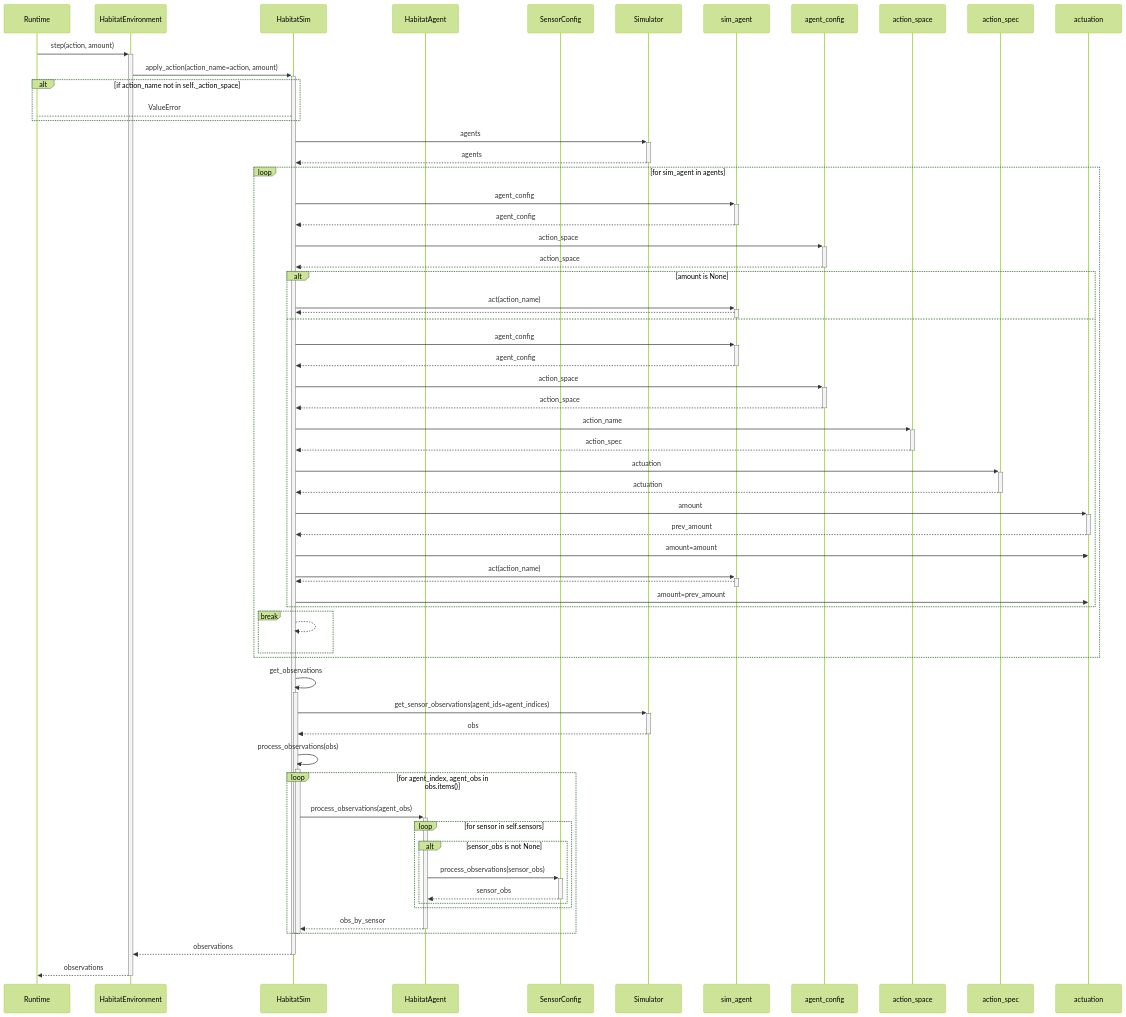
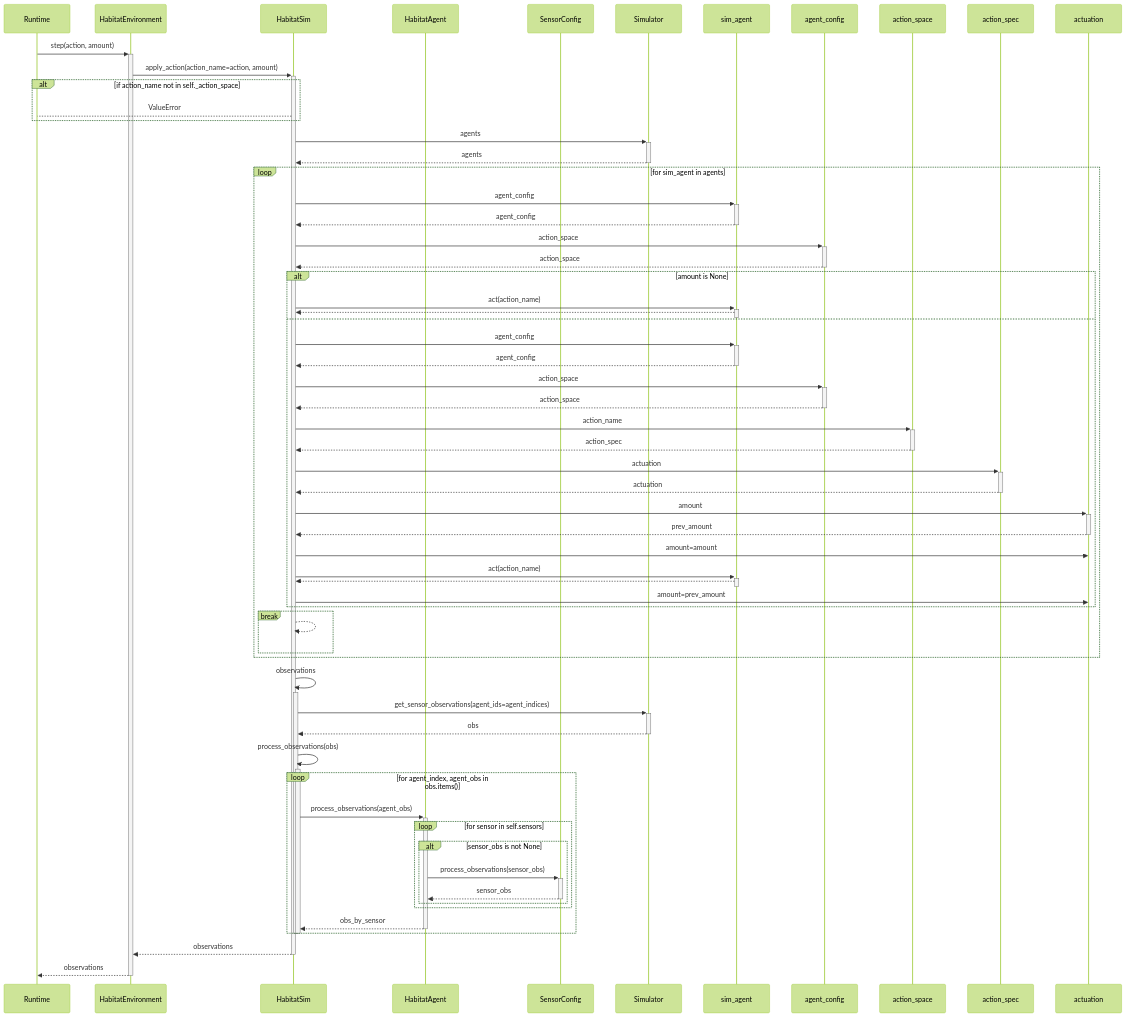
One commit to thousandbrainsproject/tbp.monty changed the diagram in rfcs/0004_action_object/habitatenv_step_seq_diagram_current.md. Above: the diagram before and after it, drawn with Mermaid (forest theme). The commit also changed 3 other files, not shown here.

````diff
--- a/rfcs/0004_action_object/habitatenv_step_seq_diagram_current.md
+++ b/rfcs/0004_action_object/habitatenv_step_seq_diagram_current.md
@@ -1,65 +1,65 @@
 ```mermaid
 sequenceDiagram
     participant R as Runtime
     participant HE as HabitatEnvironment
     participant HS as HabitatSim
     participant HA as HabitatAgent
     participant SC as SensorConfig
     participant S as Simulator
 
     R ->>+ HE : step(action, amount)
     HE ->>+ HS : apply_action(action_name=action, amount)
     alt if action_name not in self._action_space
         HS --> R : ValueError
     end
     HS ->>+ S : agents
     S -->>- HS : agents
     loop for sim_agent in agents
         HS ->>+ sim_agent : agent_config
         sim_agent -->>- HS : agent_config
         HS ->>+ agent_config : action_space
         agent_config -->>- HS : action_space
         alt amount is None
             HS ->>+ sim_agent : act(action_name)
-            sim_agent -->>- HS : 
+            sim_agent -->>- HS :
         else
             HS ->>+ sim_agent : agent_config
             sim_agent -->>- HS : agent_config
             HS ->>+ agent_config : action_space
             agent_config -->>- HS : action_space
             HS ->>+ action_space : action_name
             action_space -->>- HS : action_spec
             HS ->>+ action_spec : actuation
             action_spec -->>- HS : actuation
             HS ->>+ actuation : amount
             actuation -->>- HS : prev_amount
             HS ->> actuation : amount=amount
             HS ->>+ sim_agent : act(action_name)
-            sim_agent -->>- HS : 
+            sim_agent -->>- HS :
             HS ->> actuation : amount=prev_amount
         end
         break
-            HS -->> HS : 
+            HS -->> HS :
         end
     end
-    HS ->> HS : get_observations
+    HS ->> HS : observations
     activate HS
         HS ->>+ S : get_sensor_observations(agent_ids=agent_indices)
         S -->>- HS : obs
         HS ->> HS : process_observations(obs)
         activate HS
             loop for agent_index, agent_obs in obs.items()
                 HS ->>+ HA : process_observations(agent_obs)
                 loop for sensor in self.sensors
                     alt sensor_obs is not None
                         HA ->>+ SC : process_observations(sensor_obs)
                         SC -->>- HA : sensor_obs
                     end
                 end
                 HA -->>- HS : obs_by_sensor
             end
         deactivate HS
     deactivate HS
     HS -->>- HE : observations
     HE -->>- R : observations
 ```
````
